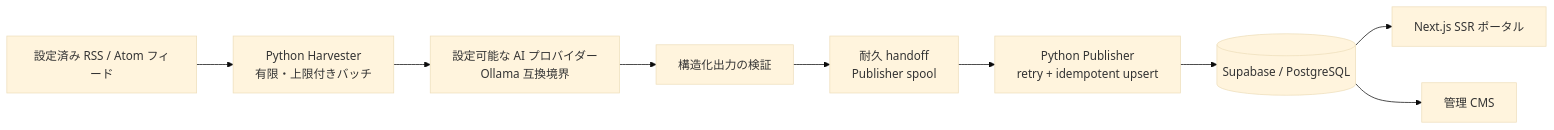
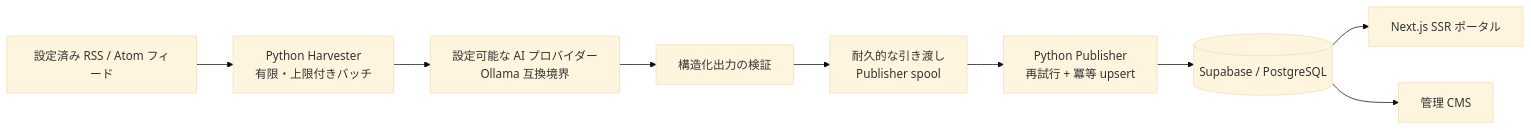
Before and after one commit to Gyliardson/little-mere-news: the diagram in docs/i18n/ja/README.md, drawn with Mermaid (base theme). The commit also changed other lines of this file and 2 other files, not shown here.

````diff
--- a/docs/i18n/ja/README.md
+++ b/docs/i18n/ja/README.md
@@ -41,11 +41,11 @@
 ```mermaid
 flowchart LR
     Feeds["設定済み RSS / Atom フィード"] --> Harvester["Python Harvester<br/>有限・上限付きバッチ"]
     Harvester --> AI["設定可能な AI プロバイダー<br/>Ollama 互換境界"]
     AI --> Validate["構造化出力の検証"]
-    Validate --> Queue["耐久 handoff<br/>Publisher spool"]
-    Queue --> Publisher["Python Publisher<br/>retry + idempotent upsert"]
+    Validate --> Queue["耐久的な引き渡し<br/>Publisher spool"]
+    Queue --> Publisher["Python Publisher<br/>再試行 + 冪等 upsert"]
     Publisher --> DB[(Supabase / PostgreSQL)]
     DB --> Portal["Next.js SSR ポータル"]
     DB --> CMS["管理 CMS"]
 ```
````
